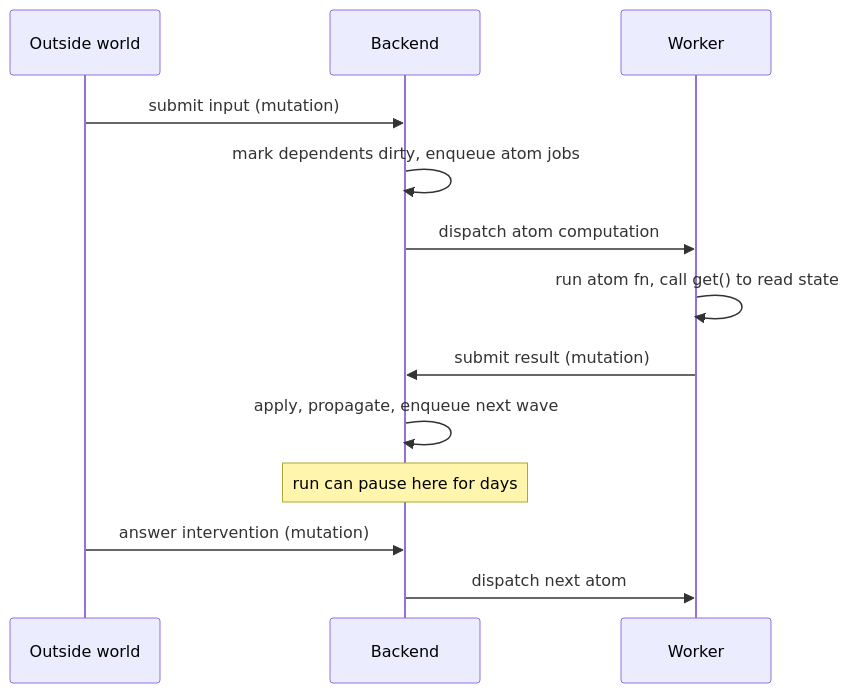
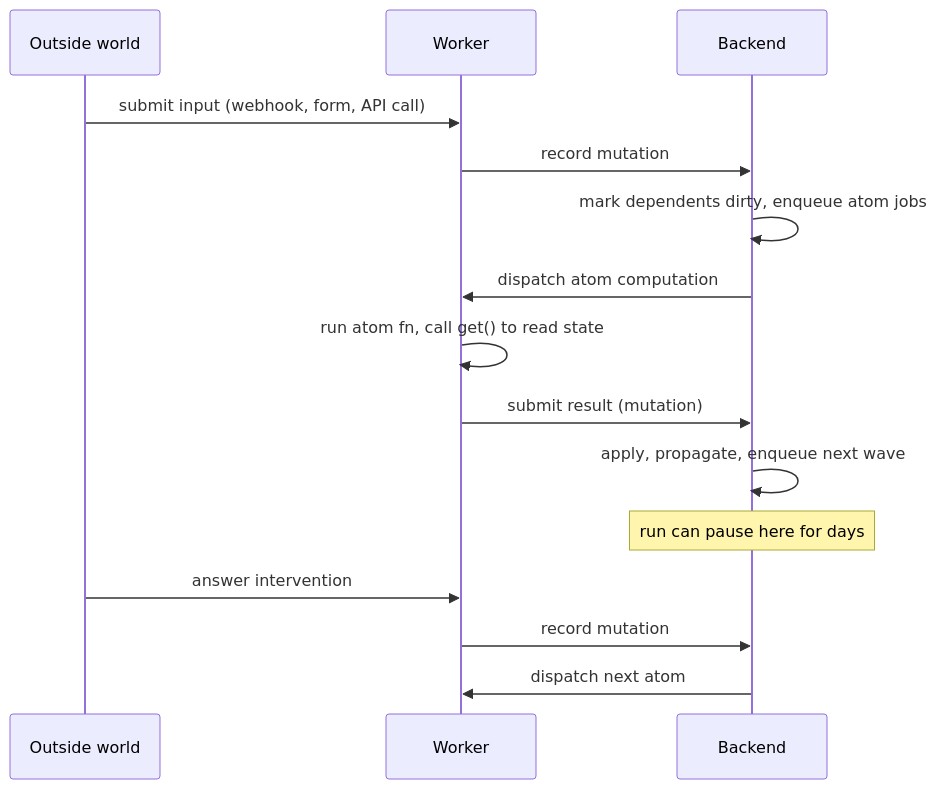
The second of 3 diagrams in README.md (smithery-ai/partyplanner), drawn with Mermaid before and after one commit.

Commit message:
Fix sequence diagram: outside world enters via worker, not backend
The worker owns external-facing routes (/runs, /runs/:runId/inputs) and forwards mutations to the backend. The backend never terminates external requests directly.

````diff
--- a/README.md
+++ b/README.md
@@ -77,16 +77,18 @@
 ```mermaid
 sequenceDiagram
   participant U as Outside world
+  participant W as Worker
   participant B as Backend
-  participant W as Worker
 
-  U->>B: submit input (mutation)
+  U->>W: submit input (webhook, form, API call)
+  W->>B: record mutation
   B->>B: mark dependents dirty, enqueue atom jobs
   B->>W: dispatch atom computation
   W->>W: run atom fn, call get() to read state
   W->>B: submit result (mutation)
   B->>B: apply, propagate, enqueue next wave
   Note over B: run can pause here for days
-  U->>B: answer intervention (mutation)
+  U->>W: answer intervention
+  W->>B: record mutation
   B->>W: dispatch next atom
 ```
````
